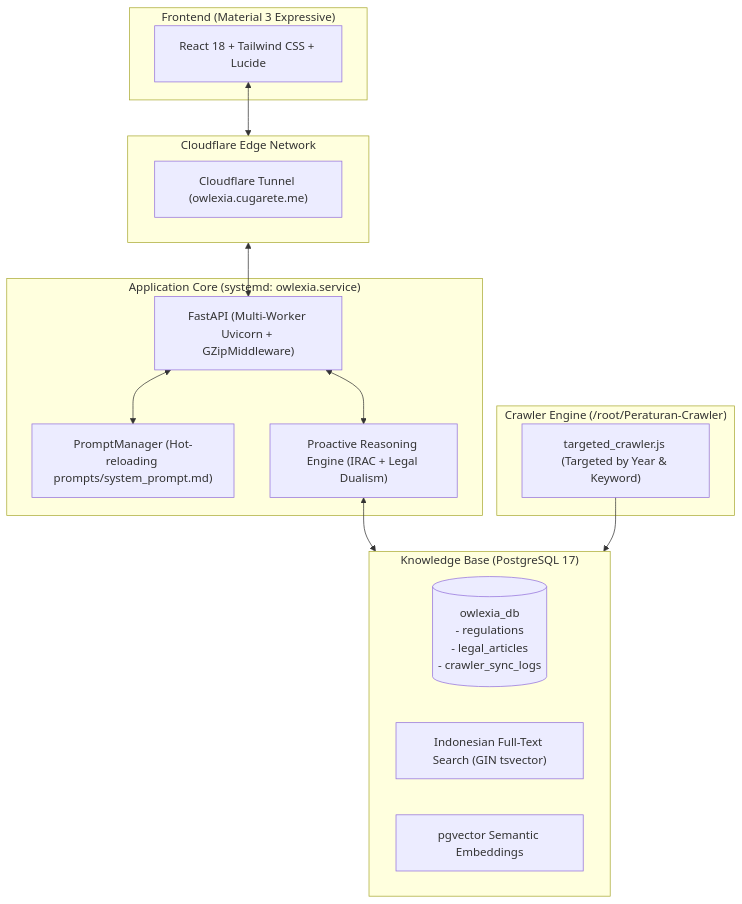
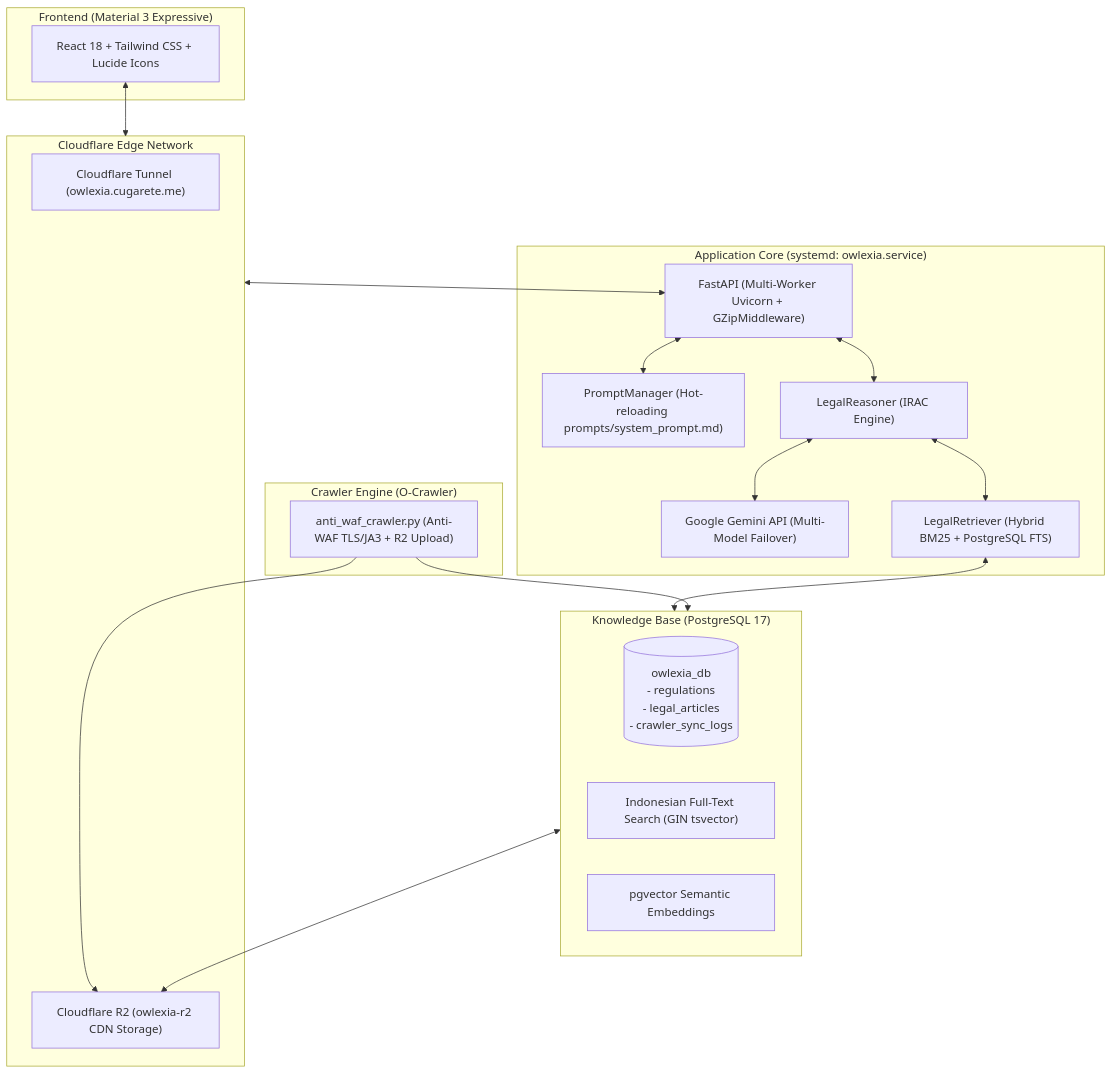
The diagram in README.md (aryarifki/owlexia), drawn with Mermaid before and after one commit. The commit also changed other lines of this file and 12 other files, not shown here.

Commit message:
docs: update system documentation, Gemini LLM architecture, and test suite

````diff
--- a/README.md
+++ b/README.md
@@ -27,33 +29,40 @@
 ```mermaid
 flowchart TD
     subgraph Client["Frontend (Material 3 Expressive)"]
-        UI["React 18 + Tailwind CSS + Lucide"]
+        UI["React 18 + Tailwind CSS + Lucide Icons"]
     end
 
     subgraph Edge["Cloudflare Edge Network"]
         CF["Cloudflare Tunnel (owlexia.cugarete.me)"]
+        R2["Cloudflare R2 (owlexia-r2 CDN Storage)"]
     end
 
     subgraph Service["Application Core (systemd: owlexia.service)"]
         API["FastAPI (Multi-Worker Uvicorn + GZipMiddleware)"]
         PM["PromptManager (Hot-reloading prompts/system_prompt.md)"]
-        RE["Proactive Reasoning Engine (IRAC + Legal Dualism)"]
+        RE["LegalReasoner (IRAC Engine)"]
+        LLM["Google Gemini API (Multi-Model Failover)"]
+        HR["LegalRetriever (Hybrid BM25 + PostgreSQL FTS)"]
     end
 
     subgraph Storage["Knowledge Base (PostgreSQL 17)"]
         DB[("owlexia_db\n- regulations\n- legal_articles\n- crawler_sync_logs")]
         FTS["Indonesian Full-Text Search (GIN tsvector)"]
         VEC["pgvector Semantic Embeddings"]
     end
 
-    subgraph Ingestion["Crawler Engine (/root/Peraturan-Crawler)"]
-        Crawler["targeted_crawler.js (Targeted by Year & Keyword)"]
+    subgraph Ingestion["Crawler Engine (O-Crawler)"]
+        Crawler["anti_waf_crawler.py (Anti-WAF TLS/JA3 + R2 Upload)"]
     end
 
     UI <--> Edge
     Edge <--> API
     API <--> PM
     API <--> RE
-    RE <--> Storage
+    RE <--> LLM
+    RE <--> HR
+    HR <--> Storage
+    Storage <--> R2
     Crawler --> Storage
+    Crawler --> R2
 ```
````
